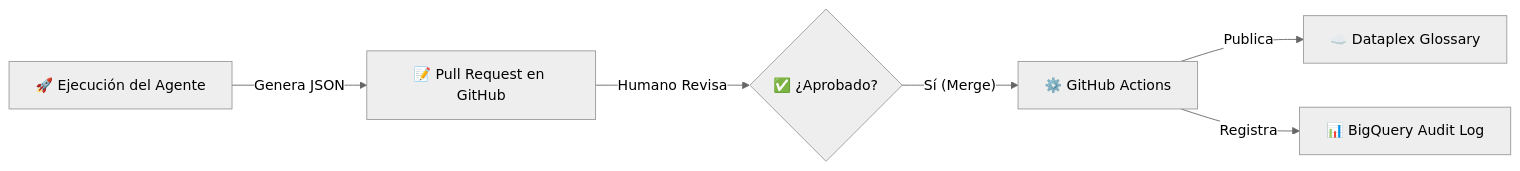
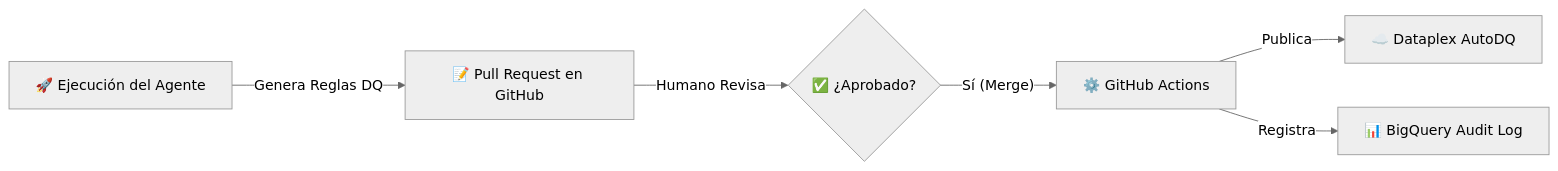
Before and after one commit to carlosmonteverde-sngular/ai-agent-data-governance-data-quality: the diagram in README_MANUAL.md, drawn with Mermaid (neutral theme). The commit also changed other lines of this file, not shown here.

````diff
--- a/README_MANUAL.md
+++ b/README_MANUAL.md
@@ -9,8 +9,8 @@
 ```mermaid
 graph LR
-    A[🚀 Ejecución del Agente] -->|Genera JSON| B[📝 Pull Request en GitHub];
+    A[🚀 Ejecución del Agente] -->|Genera Reglas DQ| B[📝 Pull Request en GitHub];
     B -->|Humano Revisa| C{✅ ¿Aprobado?};
     C -- Sí (Merge) --> D[⚙️ GitHub Actions];
-    D -->|Publica| E[☁️ Dataplex Glossary];
+    D -->|Publica| E[☁️ Dataplex AutoDQ];
     D -->|Registra| F[📊 BigQuery Audit Log];
 ```
````
